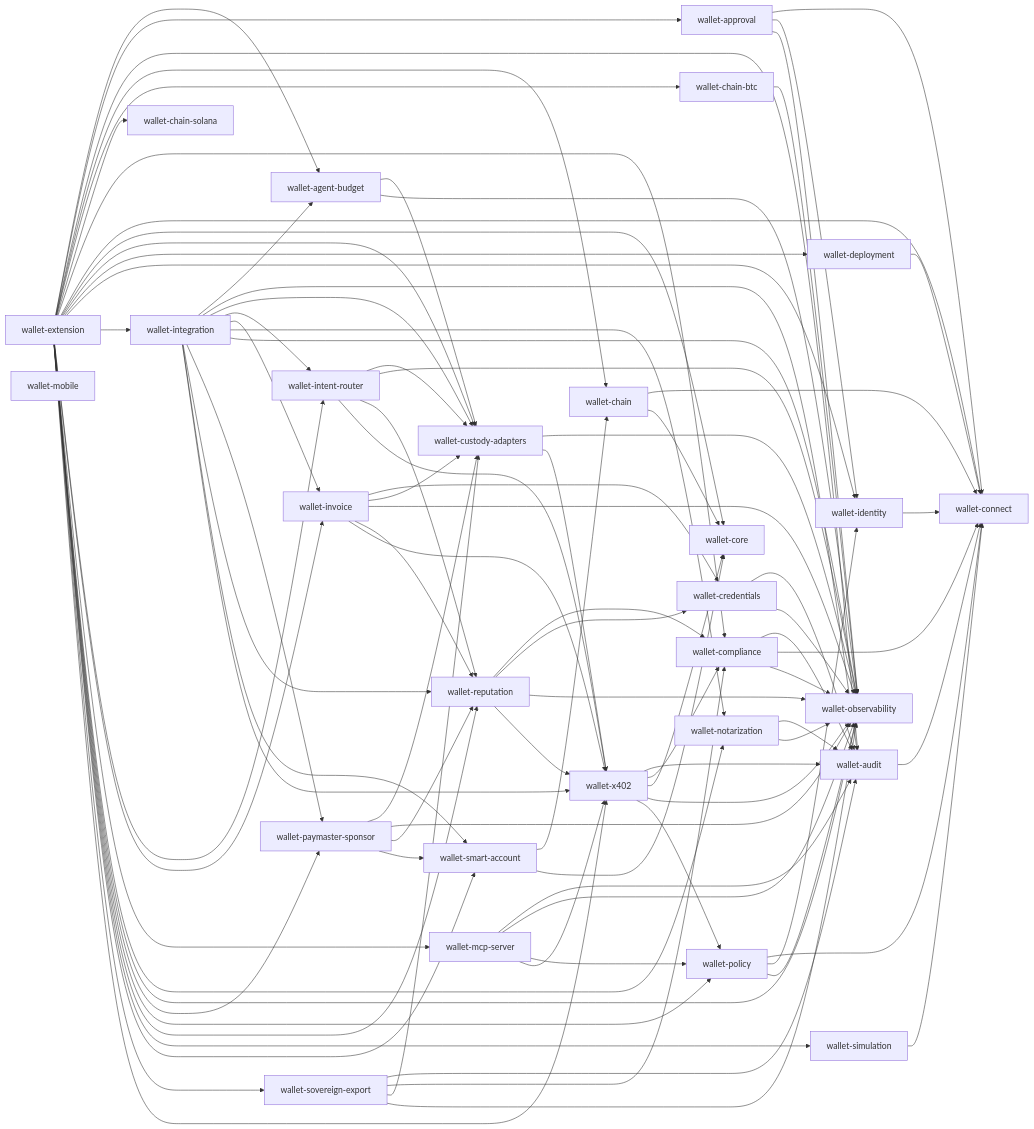
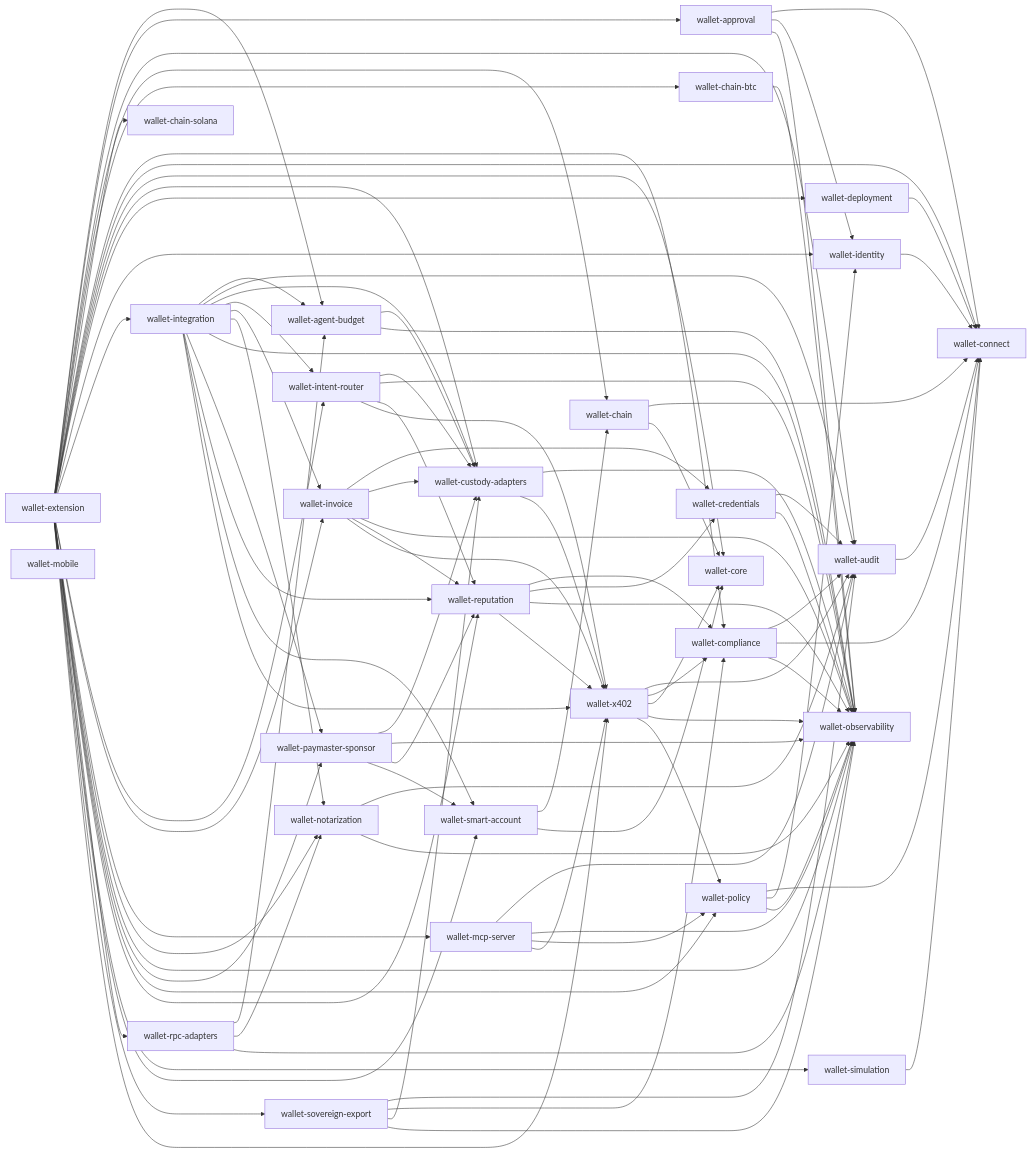
One commit to aethelred-foundation/wallet changed the diagram in reports/workspace-deps.mmd. Above: the diagram before and after it, drawn with Mermaid. The commit also changed 79 other files, not shown here.

First line of the commit message:
feat(contracts, rpc-adapters): Foundry-compiled contracts + JSON-RPC adapter (#65)

```diff
--- a/reports/workspace-deps.mmd
+++ b/reports/workspace-deps.mmd
@@ -1,98 +1,102 @@
 flowchart LR
   wallet-agent-budget --> wallet-custody-adapters
   wallet-agent-budget --> wallet-observability
   wallet-approval --> wallet-connect
   wallet-approval --> wallet-identity
   wallet-approval --> wallet-observability
   wallet-audit --> wallet-connect
   wallet-chain --> wallet-connect
   wallet-chain --> wallet-core
   wallet-chain-btc --> wallet-observability
   wallet-chain-solana
   wallet-compliance --> wallet-audit
   wallet-compliance --> wallet-connect
   wallet-compliance --> wallet-observability
   wallet-connect
   wallet-core
   wallet-credentials --> wallet-audit
   wallet-credentials --> wallet-observability
   wallet-custody-adapters --> wallet-observability
   wallet-custody-adapters --> wallet-x402
   wallet-deployment --> wallet-connect
   wallet-extension --> wallet-agent-budget
   wallet-extension --> wallet-approval
   wallet-extension --> wallet-audit
   wallet-extension --> wallet-chain
   wallet-extension --> wallet-chain-btc
   wallet-extension --> wallet-chain-solana
   wallet-extension --> wallet-compliance
   wallet-extension --> wallet-connect
   wallet-extension --> wallet-core
   wallet-extension --> wallet-custody-adapters
   wallet-extension --> wallet-deployment
   wallet-extension --> wallet-identity
   wallet-extension --> wallet-integration
   wallet-extension --> wallet-intent-router
   wallet-extension --> wallet-invoice
   wallet-extension --> wallet-mcp-server
   wallet-extension --> wallet-notarization
   wallet-extension --> wallet-observability
   wallet-extension --> wallet-paymaster-sponsor
   wallet-extension --> wallet-policy
   wallet-extension --> wallet-reputation
+  wallet-extension --> wallet-rpc-adapters
   wallet-extension --> wallet-simulation
   wallet-extension --> wallet-smart-account
   wallet-extension --> wallet-sovereign-export
   wallet-extension --> wallet-x402
   wallet-identity --> wallet-connect
   wallet-integration --> wallet-agent-budget
   wallet-integration --> wallet-audit
   wallet-integration --> wallet-custody-adapters
   wallet-integration --> wallet-intent-router
   wallet-integration --> wallet-invoice
   wallet-integration --> wallet-notarization
   wallet-integration --> wallet-observability
   wallet-integration --> wallet-paymaster-sponsor
   wallet-integration --> wallet-reputation
   wallet-integration --> wallet-smart-account
   wallet-integration --> wallet-x402
   wallet-intent-router --> wallet-custody-adapters
   wallet-intent-router --> wallet-observability
   wallet-intent-router --> wallet-reputation
   wallet-intent-router --> wallet-x402
   wallet-invoice --> wallet-credentials
   wallet-invoice --> wallet-custody-adapters
   wallet-invoice --> wallet-observability
   wallet-invoice --> wallet-reputation
   wallet-invoice --> wallet-x402
   wallet-mcp-server --> wallet-audit
   wallet-mcp-server --> wallet-observability
   wallet-mcp-server --> wallet-policy
   wallet-mcp-server --> wallet-x402
   wallet-mobile
   wallet-notarization --> wallet-audit
   wallet-notarization --> wallet-observability
   wallet-observability
   wallet-paymaster-sponsor --> wallet-custody-adapters
   wallet-paymaster-sponsor --> wallet-observability
   wallet-paymaster-sponsor --> wallet-reputation
   wallet-paymaster-sponsor --> wallet-smart-account
   wallet-policy --> wallet-connect
   wallet-policy --> wallet-identity
   wallet-policy --> wallet-observability
   wallet-reputation --> wallet-compliance
   wallet-reputation --> wallet-credentials
   wallet-reputation --> wallet-observability
   wallet-reputation --> wallet-x402
+  wallet-rpc-adapters --> wallet-agent-budget
+  wallet-rpc-adapters --> wallet-notarization
+  wallet-rpc-adapters --> wallet-observability
   wallet-simulation --> wallet-connect
   wallet-smart-account --> wallet-chain
   wallet-smart-account --> wallet-core
   wallet-sovereign-export --> wallet-audit
   wallet-sovereign-export --> wallet-compliance
   wallet-sovereign-export --> wallet-custody-adapters
   wallet-sovereign-export --> wallet-observability
   wallet-x402 --> wallet-audit
   wallet-x402 --> wallet-compliance
   wallet-x402 --> wallet-core
   wallet-x402 --> wallet-observability
   wallet-x402 --> wallet-policy
```
